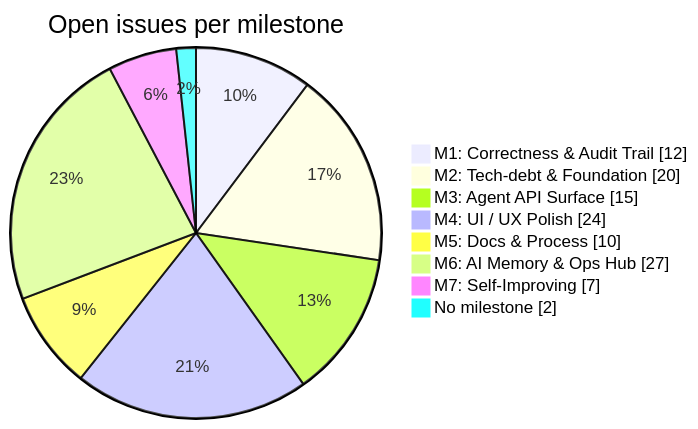
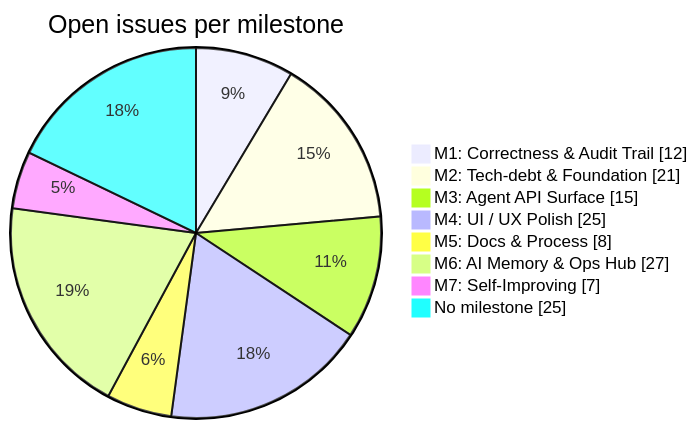
Before and after one commit to joelfuller2016/KanbanFlow-v2: the diagram in docs/BACKLOG.md, drawn with Mermaid. The commit also changed other lines of this file, not shown here.

````diff
--- a/docs/BACKLOG.md
+++ b/docs/BACKLOG.md
@@ -44,12 +44,12 @@
 ```mermaid
 pie showData
     title Open issues per milestone
     "M1: Correctness & Audit Trail" : 12
-    "M2: Tech-debt & Foundation" : 20
+    "M2: Tech-debt & Foundation" : 21
     "M3: Agent API Surface" : 15
-    "M4: UI / UX Polish" : 24
-    "M5: Docs & Process" : 10
+    "M4: UI / UX Polish" : 25
+    "M5: Docs & Process" : 8
     "M6: AI Memory & Ops Hub" : 27
     "M7: Self-Improving" : 7
-    "No milestone" : 2
+    "No milestone" : 25
 ```
````
